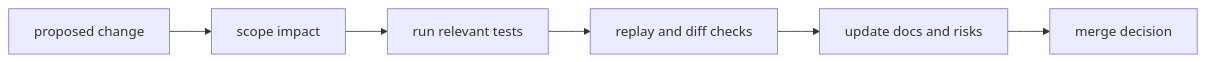
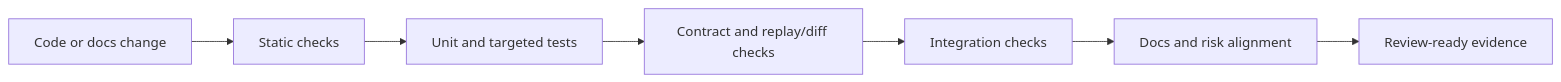
Before and after one commit to bijux/bijux-cli: the diagram in docs/bijux-dag/quality/change-validation.md, drawn with Mermaid.

Commit message:
docs(bijux-dag): reshape change validation into staged evidence pipeline

````diff
--- a/docs/bijux-dag/quality/change-validation.md
+++ b/docs/bijux-dag/quality/change-validation.md
@@ -17,8 +17,9 @@
 ```mermaid
 flowchart LR
-    proposal[proposed change] --> scope[scope impact]
-    scope --> tests[run relevant tests]
-    tests --> replay[replay and diff checks]
-    replay --> docs[update docs and risks]
-    docs --> merge[merge decision]
+  Change[Code or docs change] --> Static[Static checks]
+  Static --> Unit[Unit and targeted tests]
+  Unit --> Contract[Contract and replay/diff checks]
+  Contract --> Integration[Integration checks]
+  Integration --> Docs[Docs and risk alignment]
+  Docs --> Evidence[Review-ready evidence]
 ```
````
